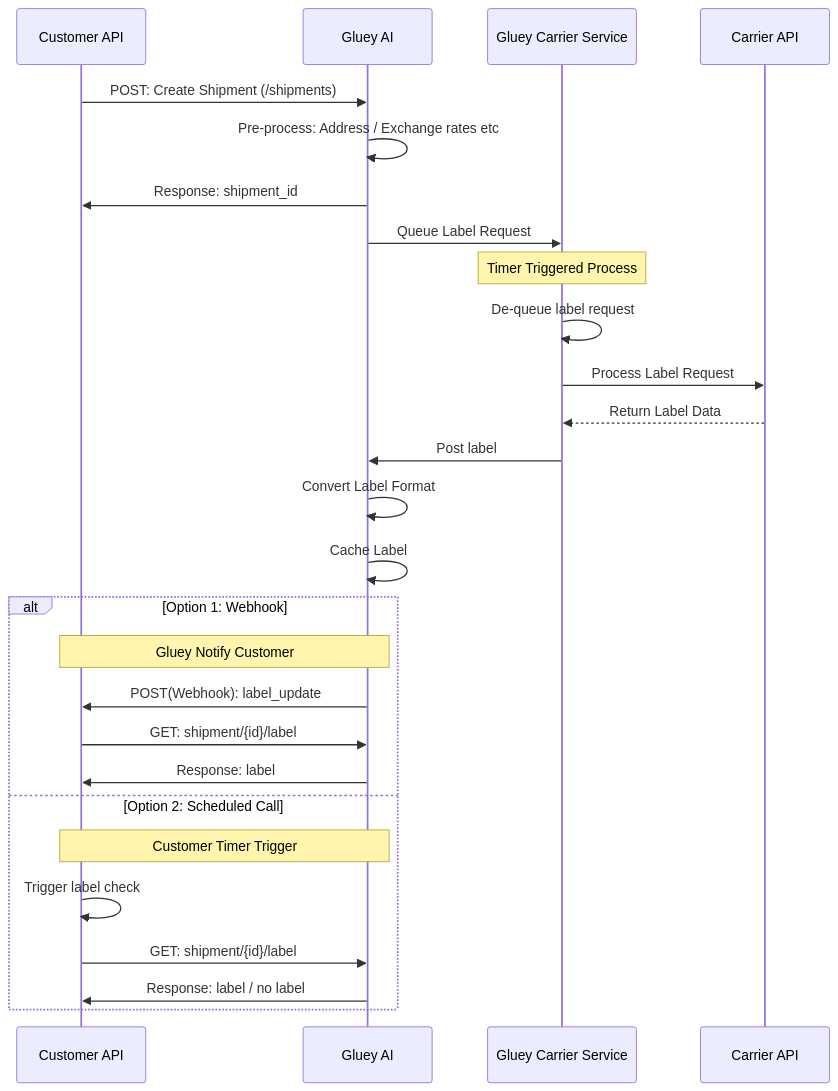
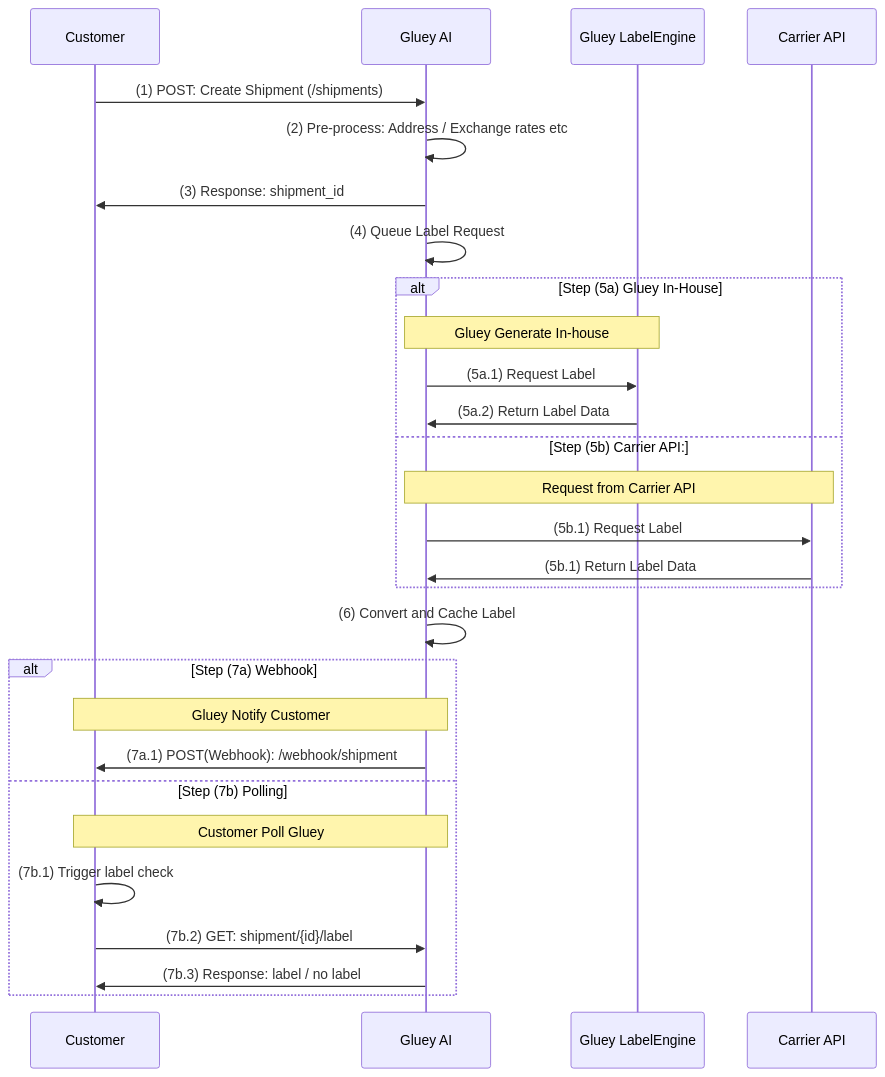
The diagram in app/api/v1/templates/markdown/async_labels.md (Gluey-AI/gluey-api-docs), drawn with Mermaid before and after one commit. The commit also changed other lines of this file and 48 other files, not shown here.

```diff
--- a/app/api/v1/templates/markdown/async_labels.md
+++ b/app/api/v1/templates/markdown/async_labels.md
@@ -12,30 +32,31 @@
 ~~~mermaid
 sequenceDiagram
-    participant Customer API
+    participant Customer
     participant Gluey AI
-    participant Gluey Carrier Service
+    participant Gluey LabelEngine
     participant Carrier API
 
-    Customer API->>Gluey AI: POST: Create Shipment (/shipments)
-    Gluey AI->>Gluey AI: Pre-process: Address / Exchange rates etc
-    Gluey AI->>Customer API: Response: shipment_id
-    Gluey AI->>Gluey Carrier Service: Queue Label Request
-    Note over Gluey Carrier Service, Gluey Carrier Service: Timer Triggered Process
-    Gluey Carrier Service->>Gluey Carrier Service: De-queue label request
-    Gluey Carrier Service->>Carrier API: Process Label Request 
-    Carrier API-->>Gluey Carrier Service: Return Label Data
-    Gluey Carrier Service->>Gluey AI: Post label
-    Gluey AI->>Gluey AI: Convert Label Format
-    Gluey AI->>Gluey AI: Cache Label
-    alt Option 1: Webhook
-        Note over Gluey AI, Customer API: Gluey Notify Customer
-        Gluey AI->>Customer API: POST(Webhook): label_update
-        Customer API->>Gluey AI: GET: shipment/{id}/label
-        Gluey AI->>Customer API: Response: label
-    else Option 2: Scheduled Call
-        Note over Gluey AI, Customer API: Customer Timer Trigger
-        Customer API->>Customer API: Trigger label check
-        Customer API->>Gluey AI: GET: shipment/{id}/label
-        Gluey AI->>Customer API: Response: label / no label
+    Customer->>Gluey AI: (1) POST: Create Shipment (/shipments)
+    Gluey AI->>Gluey AI: (2) Pre-process: Address / Exchange rates etc
+    Gluey AI->>Customer: (3) Response: shipment_id
+    Gluey AI->>Gluey AI: (4) Queue Label Request
+    alt Step (5a) Gluey In-House
+        Note over Gluey AI, Gluey LabelEngine: Gluey Generate In-house
+        Gluey AI->>Gluey LabelEngine: (5a.1) Request Label 
+        Gluey LabelEngine->>Gluey AI: (5a.2) Return Label Data
+    else Step (5b) Carrier API:
+        Note over Gluey AI, Carrier API: Request from Carrier API
+        Gluey AI->>Carrier API: (5b.1) Request Label
+        Carrier API->>Gluey AI: (5b.1) Return Label Data
+    end
+    Gluey AI->>Gluey AI: (6) Convert and Cache Label
+    alt Step (7a) Webhook
+        Note over Gluey AI, Customer: Gluey Notify Customer
+        Gluey AI->>Customer: (7a.1) POST(Webhook): /webhook/shipment
+    else Step (7b) Polling
+        Note over Gluey AI, Customer: Customer Poll Gluey
+        Customer->>Customer: (7b.1) Trigger label check
+        Customer->>Gluey AI: (7b.2) GET: shipment/{id}/label
+        Gluey AI->>Customer: (7b.3) Response: label / no label
     end
 ~~~
```
